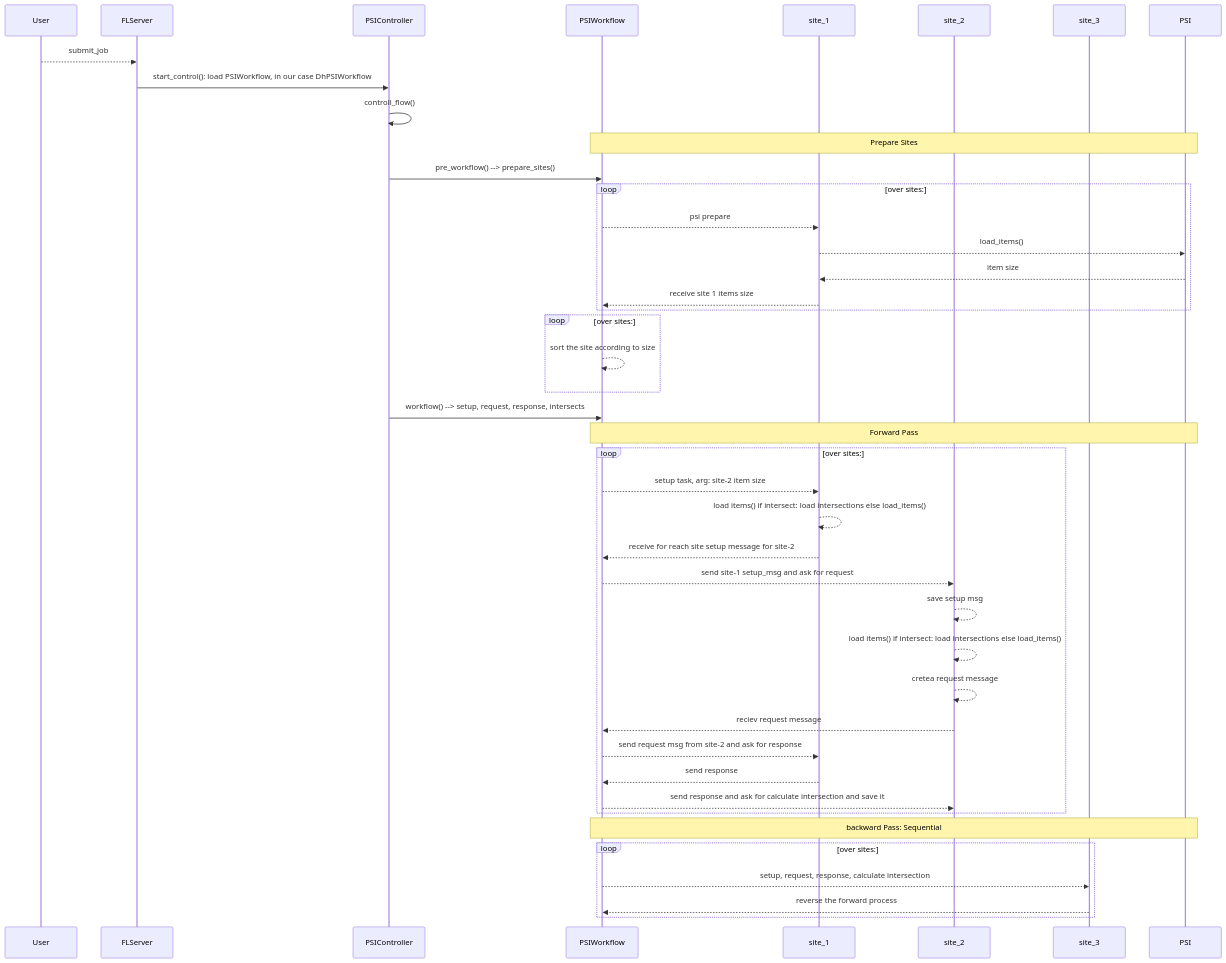
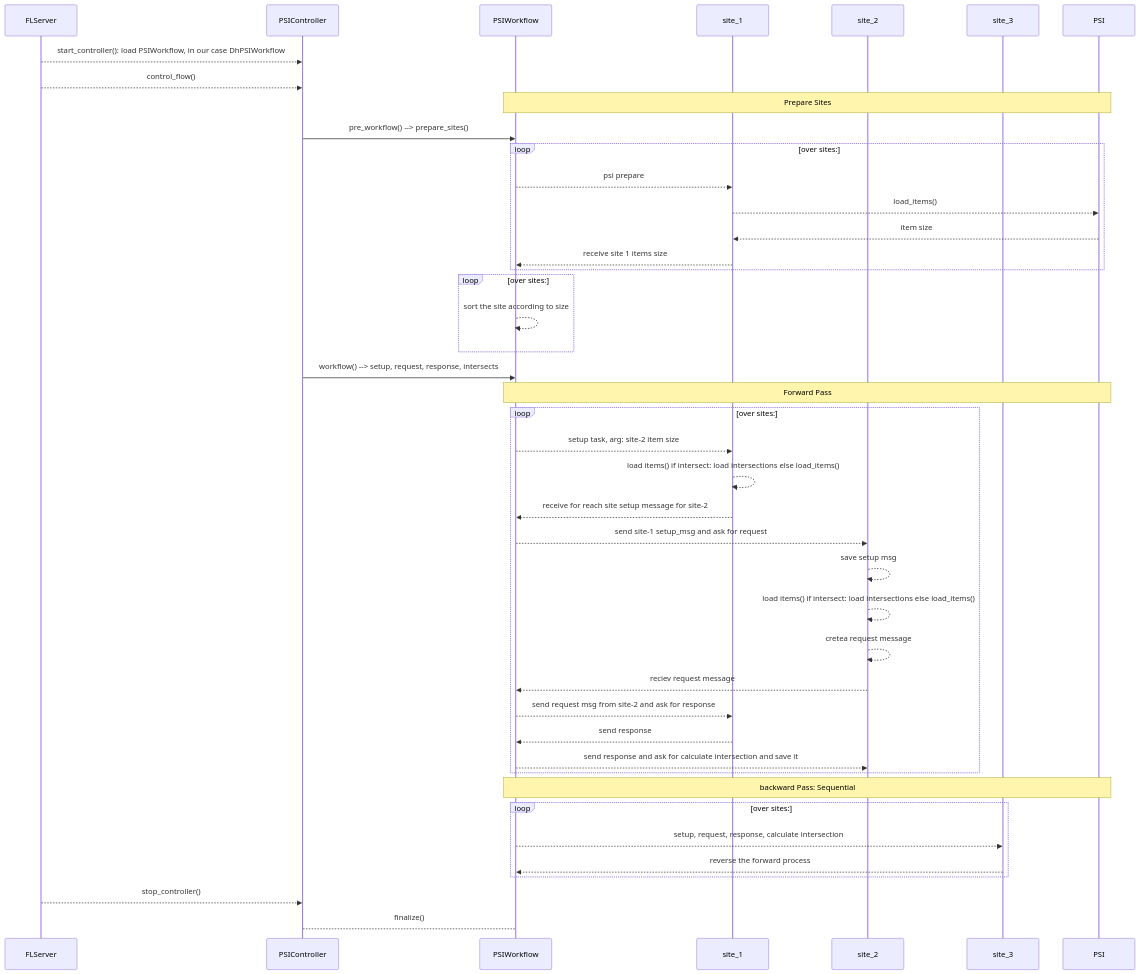
Before and after one commit to NVIDIA/NVFlare: the first of 2 diagrams in nvflare/app_common/psi/README.md, drawn with Mermaid. The commit also changed other lines of this file and 1 other file, not shown here.

````diff
--- a/nvflare/app_common/psi/README.md
+++ b/nvflare/app_common/psi/README.md
@@ -5,56 +5,58 @@
 ```mermaid
  
 sequenceDiagram
     
-    participant User 
     participant FLServer
     participant PSIController 
     participant PSIWorkflow
     participant site_1
     participant site_2
     participant site_3
     participant PSI
     
-    User -->> FLServer : submit_job
-    FLServer->> PSIController: start_control(): load PSIWorkflow, in our case DhPSIWorkflow 
-    PSIController->>PSIController: controll_flow() 
+    FLServer -->> PSIController: start_controller(): load PSIWorkflow, in our case DhPSIWorkflow 
+    FLServer -->> PSIController: control_flow() 
     
     note over PSIWorkflow, PSI: Prepare Sites
     PSIController->>PSIWorkflow: pre_workflow() --> prepare_sites()
     loop over sites:
         PSIWorkflow -->> site_1 : psi prepare
         site_1 -->> PSI : load_items() 
         PSI -->> site_1: item size
         site_1 -->> PSIWorkflow: receive site 1 items size
     end
 
     loop over sites:
         PSIWorkflow -->> PSIWorkflow : sort the site according to size 
     end 
     
     PSIController->>PSIWorkflow: workflow() --> setup, request, response, intersects
     note over PSIWorkflow, PSI : Forward Pass
     loop over sites: 
         
         PSIWorkflow -->> site_1 : setup task, arg: site-2 item size
         site_1 -->> site_1 :  load items() if intersect: load intersections else load_items() 
         site_1 -->> PSIWorkflow: receive for reach site setup message for site-2
             
         PSIWorkflow -->> site_2 : send site-1 setup_msg and ask for request 
         site_2 -->> site_2 : save setup msg
         site_2 -->> site_2 : load items() if intersect: load intersections else load_items() 
         site_2 -->> site_2 : cretea request message
          
         site_2 -->> PSIWorkflow: reciev request message  
         PSIWorkflow -->> site_1: send request msg from site-2 and ask for response
         site_1 -->> PSIWorkflow: send response
         PSIWorkflow -->> site_2: send response and ask for calculate intersection and save it
     end    
     
       note over PSIWorkflow, PSI : backward Pass: Sequential
     loop over sites:   
       PSIWorkflow -->> site_3 : setup, request, response, calculate intersection
       site_3 -->> PSIWorkflow : reverse the forward process
     end
+    
+    FLServer -->> PSIController: stop_controller()
+    PSIController --> PSIWorkflow: finalize()
+    
 
 ```
````
